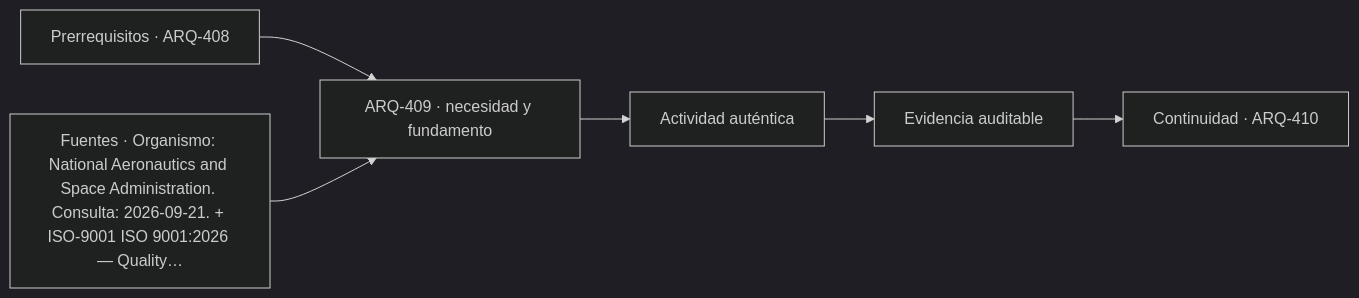
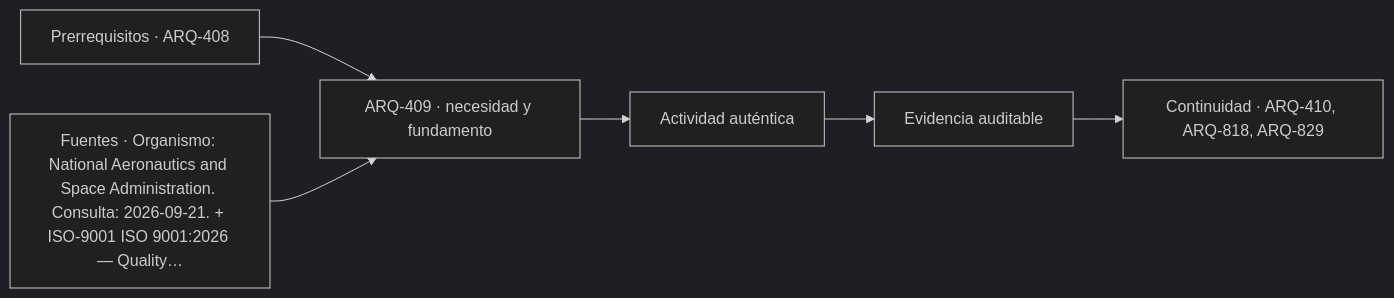
The diagram in classes/parte-41/ARQ-409.md (vladimiracunadev-create/architecture-built-environment-learning-program), drawn with Mermaid (dark theme) before and after one commit. The commit also changed other lines of this file and 234 other files, not shown here.

````diff
--- a/classes/parte-41/ARQ-409.md
+++ b/classes/parte-41/ARQ-409.md
@@ -103,8 +103,8 @@
 ```mermaid
 flowchart LR
     A["Prerrequisitos · ARQ-408"] --> B["ARQ-409 · necesidad y fundamento"]
     S["Fuentes · Organismo: National Aeronautics and Space Administration. Consulta: 2026-09-21. + ISO-9001 ISO 9001:2026 — Quality…"] --> B
     B --> C["Actividad auténtica"]
     C --> D["Evidencia auditable"]
-    D --> E["Continuidad · ARQ-410"]
+    D --> E["Continuidad · ARQ-410, ARQ-818, ARQ-829"]
 ```
````
